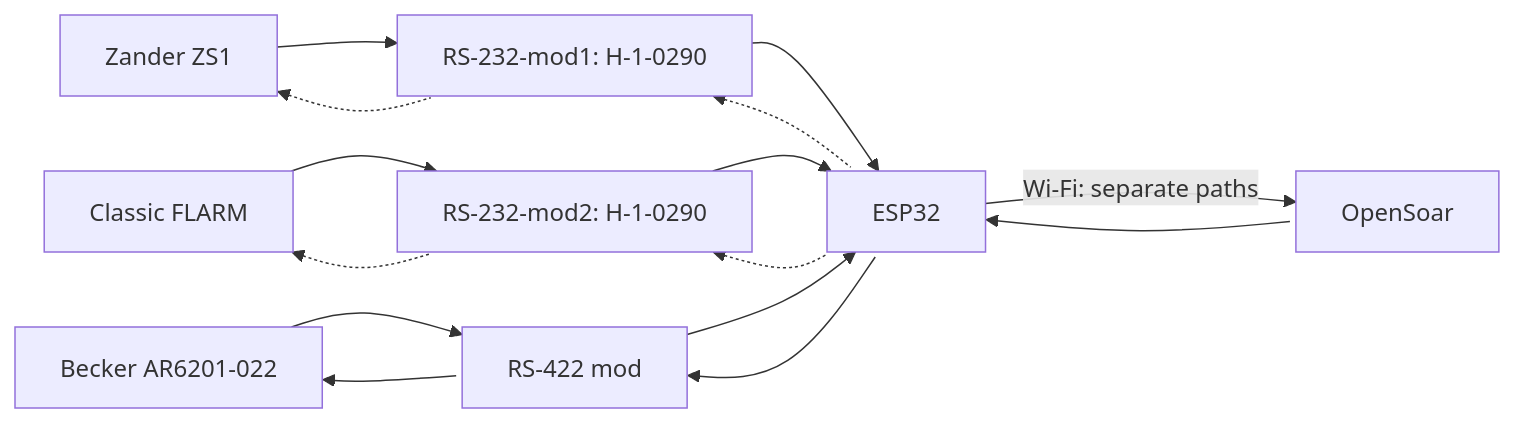
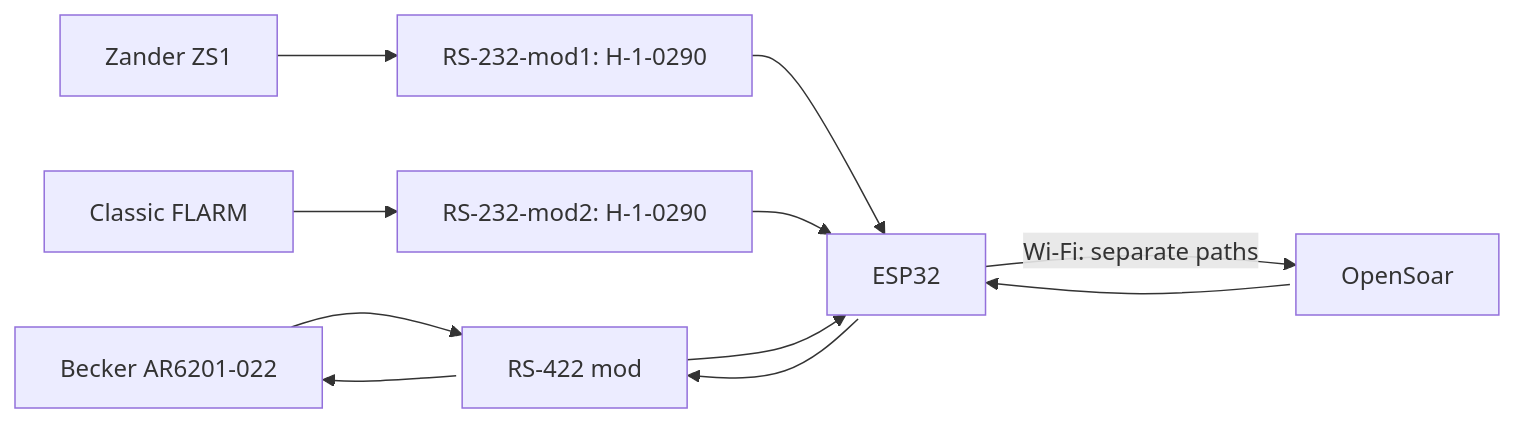
The diagram in docs/hardware/wiring.md (MomoRC-tech/Becker-AR6201-to-OpenSoar), drawn with Mermaid before and after one commit. The commit also changed other lines of this file and 5 other files, not shown here.

````diff
--- a/docs/hardware/wiring.md
+++ b/docs/hardware/wiring.md
@@ -22,19 +22,15 @@
 ```mermaid
 flowchart LR
     Z[Zander ZS1] --> NZ["RS-232-mod1: H-1-0290"]
     F["Classic FLARM"] --> NF["RS-232-mod2: H-1-0290"]
     B["Becker AR6201-022"] --> R["RS-422 mod"]
     NZ --> E[ESP32]
     NF --> E
     R --> E
     E -->|Wi-Fi: separate paths| O[OpenSoar]
     %% Keep edge declarations left to right. Return paths draw only the left arrowhead.
-    Z <-.-> NZ
-    F <-.-> NF
     B <--> R
-    NZ <-.-> E
-    NF <-.-> E
     R <--> E
     E <--> O
-    linkStyle 7,8,9,10,11,12,13 marker-end:none
+    linkStyle 7,8,9 marker-end:none
 ```
````
